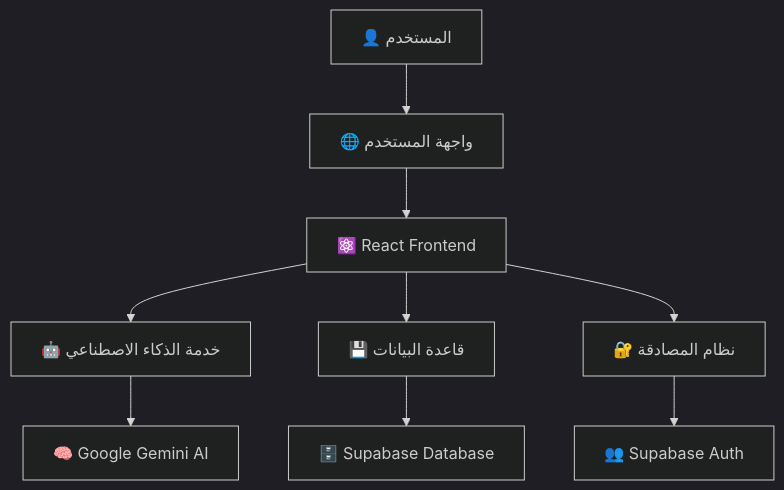
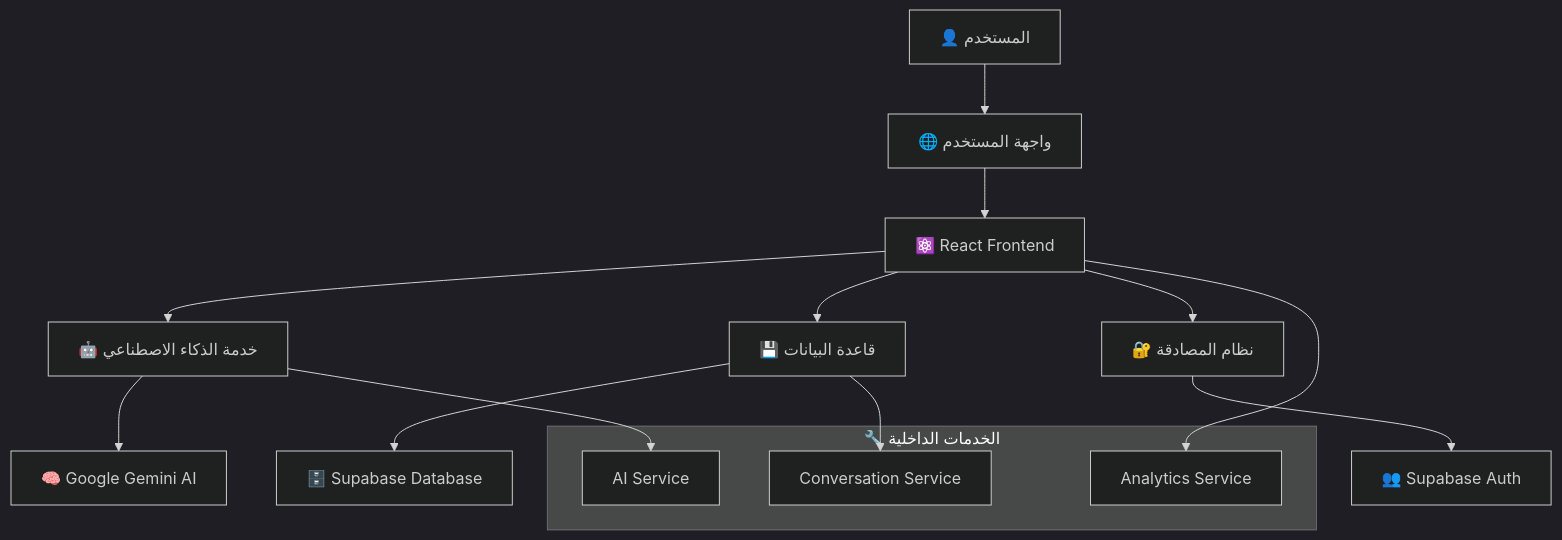
One commit to alialmatrafi/destination-forge-36 changed the first of 3 diagrams in README.md. Above: the diagram before and after it, drawn with Mermaid (dark theme). The commit also changed other lines of this file, not shown here.

````diff
--- a/README.md
+++ b/README.md
@@ -71,12 +135,22 @@
 ```mermaid
 graph TB
     A[👤 المستخدم] --> B[🌐 واجهة المستخدم]
     B --> C[⚛️ React Frontend]
     C --> D[🤖 خدمة الذكاء الاصطناعي]
     C --> E[💾 قاعدة البيانات]
     C --> F[🔐 نظام المصادقة]
     
     D --> G[🧠 Google Gemini AI]
     E --> H[🗄️ Supabase Database]
     F --> I[👥 Supabase Auth]
+    
+    subgraph "🔧 الخدمات الداخلية"
+        J[AI Service]
+        K[Conversation Service]
+        L[Analytics Service]
+    end
+    
+    D --> J
+    E --> K
+    C --> L
 ```
````
